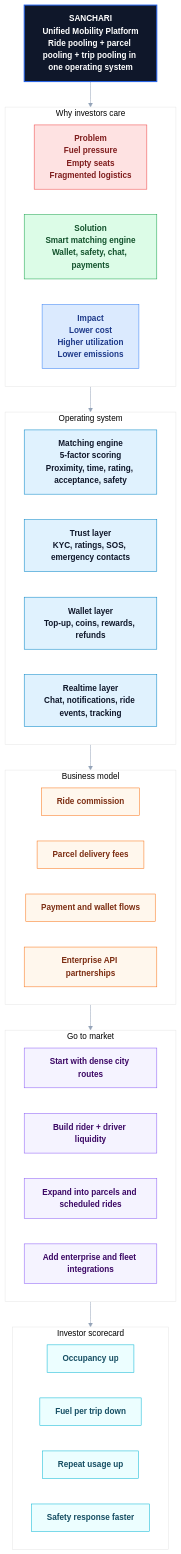
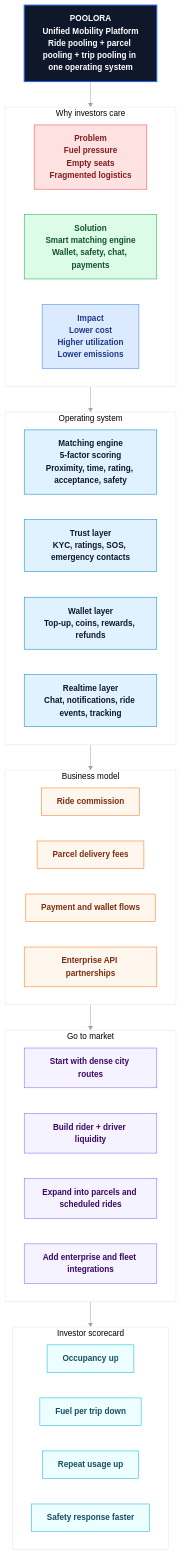
Before and after one commit to nathimike102/poolora: the diagram in backend/investor-showcase.mmd, drawn with Mermaid. The commit also changed 98 other files, not shown here.

First line of the commit message:
refactor: rebrand Sanchari to Poolora

```diff
--- a/backend/investor-showcase.mmd
+++ b/backend/investor-showcase.mmd
@@ -1,53 +1,53 @@
 %%{init: {"theme":"base","themeVariables":{"fontFamily":"Segoe UI, Helvetica, Arial, sans-serif","background":"#ffffff","primaryColor":"#f8fafc","primaryTextColor":"#0f172a","primaryBorderColor":"#2563eb","secondaryColor":"#eff6ff","tertiaryColor":"#ffffff","lineColor":"#94a3b8"},"flowchart":{"curve":"basis"}}}%%
 flowchart TB
-    HERO["SANCHARI<br/>Unified Mobility Platform<br/>Ride pooling + parcel pooling + trip pooling in one operating system"]:::hero
+    HERO["POOLORA<br/>Unified Mobility Platform<br/>Ride pooling + parcel pooling + trip pooling in one operating system"]:::hero
 
     subgraph STORY["Why investors care"]
         direction LR
         P["Problem<br/>Fuel pressure<br/>Empty seats<br/>Fragmented logistics"]:::problem
         S["Solution<br/>Smart matching engine<br/>Wallet, safety, chat, payments"]:::solution
         I["Impact<br/>Lower cost<br/>Higher utilization<br/>Lower emissions"]:::impact
     end
 
     subgraph ENGINE["Operating system"]
         direction LR
         M["Matching engine<br/>5-factor scoring<br/>Proximity, time, rating, acceptance, safety"]:::module
         T["Trust layer<br/>KYC, ratings, SOS, emergency contacts"]:::module
         W["Wallet layer<br/>Top-up, coins, rewards, refunds"]:::module
         R["Realtime layer<br/>Chat, notifications, ride events, tracking"]:::module
     end
 
     subgraph VALUE["Business model"]
         direction LR
         B1["Ride commission"]:::biz
         B2["Parcel delivery fees"]:::biz
         B3["Payment and wallet flows"]:::biz
         B4["Enterprise API partnerships"]:::biz
     end
 
     subgraph GROWTH["Go to market"]
         direction LR
         G1["Start with dense city routes"]:::growth
         G2["Build rider + driver liquidity"]:::growth
         G3["Expand into parcels and scheduled rides"]:::growth
         G4["Add enterprise and fleet integrations"]:::growth
     end
 
     subgraph SCORECARD["Investor scorecard"]
         direction LR
         K1["Occupancy up"]:::metric
         K2["Fuel per trip down"]:::metric
         K3["Repeat usage up"]:::metric
         K4["Safety response faster"]:::metric
     end
 
     HERO --> STORY --> ENGINE --> VALUE --> GROWTH --> SCORECARD
 
     classDef hero fill:#0f172a,stroke:#2563eb,color:#ffffff,stroke-width:2px,font-weight:bold
     classDef problem fill:#fee2e2,stroke:#ef4444,color:#7f1d1d,stroke-width:1px,font-weight:bold
     classDef solution fill:#dcfce7,stroke:#16a34a,color:#14532d,stroke-width:1px,font-weight:bold
     classDef impact fill:#dbeafe,stroke:#3b82f6,color:#1e3a8a,stroke-width:1px,font-weight:bold
     classDef module fill:#e0f2fe,stroke:#0284c7,color:#0f172a,stroke-width:1px,font-weight:bold
     classDef biz fill:#fff7ed,stroke:#f97316,color:#7c2d12,stroke-width:1px,font-weight:bold
     classDef growth fill:#f5f3ff,stroke:#8b5cf6,color:#3b0764,stroke-width:1px,font-weight:bold
     classDef metric fill:#ecfeff,stroke:#06b6d4,color:#164e63,stroke-width:1px,font-weight:bold
```
